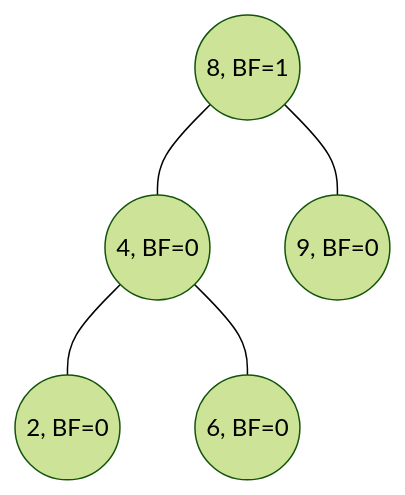
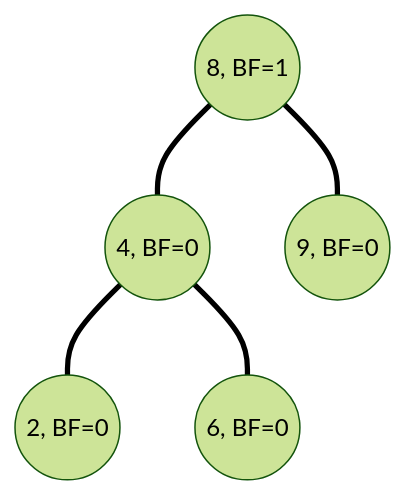
Before and after one commit to IsshikiHugh/notebook: the second of 12 diagrams in docs/cour_note/D2CX_AdvancedDataStructure/Lec01.md, drawn with Mermaid (forest theme). The commit also changed other lines of this file and 1 other file, not shown here.

````diff
--- a/docs/cour_note/D2CX_AdvancedDataStructure/Lec01.md
+++ b/docs/cour_note/D2CX_AdvancedDataStructure/Lec01.md
@@ -95,12 +105,12 @@
             ```mermaid
             graph TD;
             A(("8, BF=1"))
             B(("4, BF=0"))
             C(("9, BF=0"))
             D(("2, BF=0"))
             E(("6, BF=0"))
-            A --- B
-            A --- C
-            B --- D
-            B --- E
+            A === B
+            A === C
+            B === D
+            B === E
             ```
````
